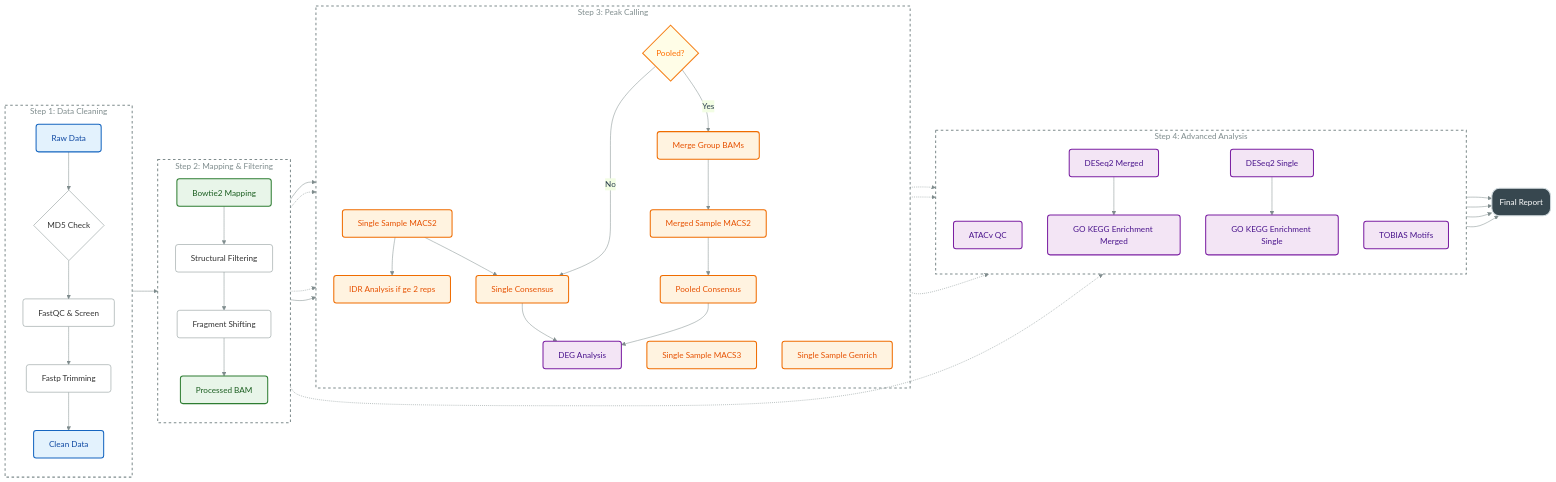
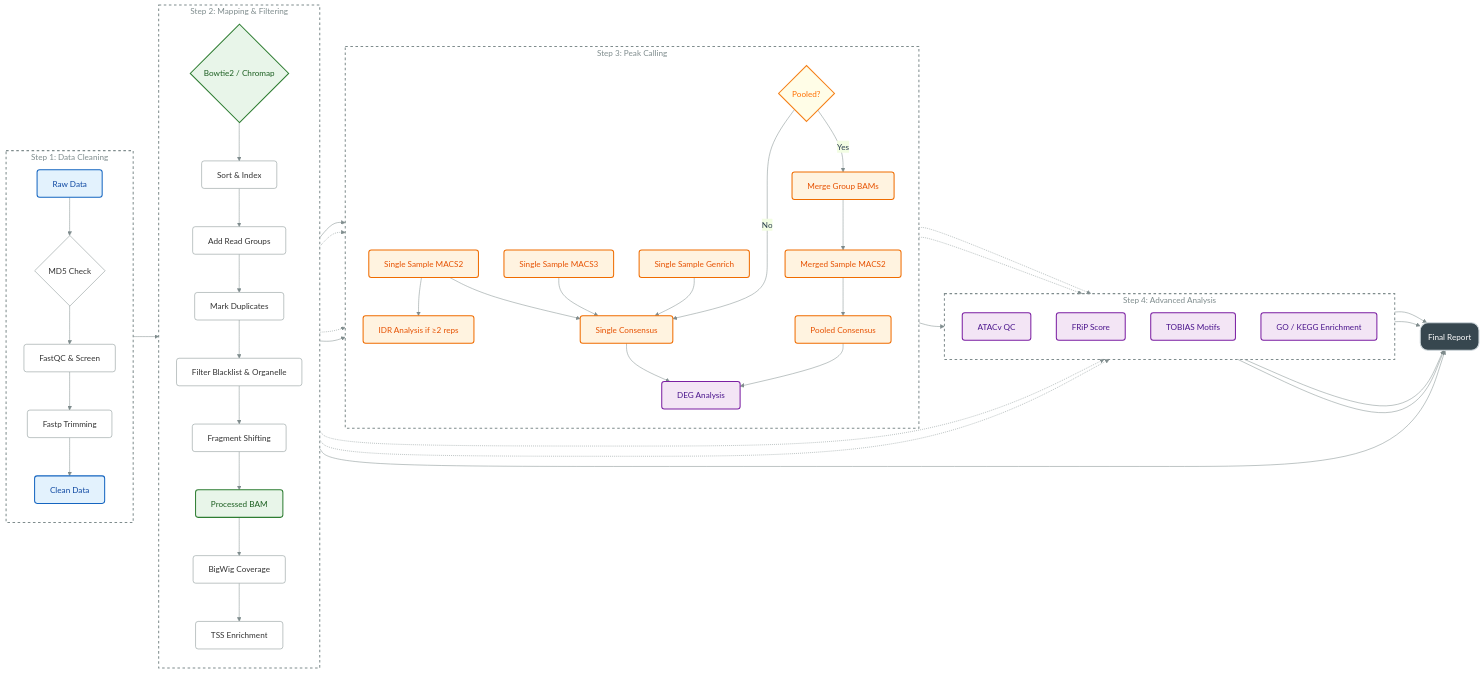
Before and after one commit to xsx123123/ATACFlow: the diagram in README.md, drawn with Mermaid.

Commit message:
docs: update Mermaid flowchart to reflect current pipeline architecture

```diff
--- a/README.md
+++ b/README.md
@@ -98,40 +98,46 @@
     %% 2. Mapping & Filtering %%
     subgraph S2 ["Step 2: Mapping & Filtering"]
         direction TB
-        Clean --> Bowtie2[Bowtie2 Mapping]:::map
-        Bowtie2 --> Filter[Structural Filtering]:::base
-        Filter --> Shift[Fragment Shifting]:::base
+        Clean --> Align{Bowtie2 / Chromap}:::map
+        Align --> Sort[Sort & Index]:::base
+        Sort --> AddRG[Add Read Groups]:::base
+        AddRG --> MarkDup[Mark Duplicates]:::base
+        MarkDup --> FilterBAM[Filter Blacklist & Organelle]:::base
+        FilterBAM --> Shift[Fragment Shifting]:::base
         Shift --> BAM[Processed BAM]:::map
+        BAM --> BigWig[BigWig Coverage]:::base
+        BigWig --> TSS[TSS Enrichment]:::base
     end
 
-    %% 3. Peak Identification - Three Paths (v0.0.5 Update) %%
+    %% 3. Peak Identification - Three Paths %%
     subgraph S3 ["Step 3: Peak Calling"]
         direction TB
-        BAM --> SinglePeaks[Single Sample MACS2]:::core
+        BAM --> SingleMACS2[Single Sample MACS2]:::core
         BAM -.-> SingleMACS3[Single Sample MACS3]:::core
         BAM -.-> SingleGenrich[Single Sample Genrich]:::core
-        SinglePeaks --> IDRAnalysis[IDR Analysis if ge 2 reps]:::core
-        SinglePeaks --> SingleConsensus[Single Consensus]:::core
+        SingleMACS2 --> IDR[IDR Analysis if ≥2 reps]:::core
+        SingleMACS2 --> SingleCon[Single Consensus]:::core
+        SingleMACS3 --> SingleCon
+        SingleGenrich --> SingleCon
 
-        BAM --> PooledPeaks{Pooled?}:::decision
-        PooledPeaks -->|Yes| MergeBAM[Merge Group BAMs]:::core
+        BAM --> PoolCheck{Pooled?}:::decision
+        PoolCheck -->|Yes| MergeBAM[Merge Group BAMs]:::core
         MergeBAM --> MergeMACS2[Merged Sample MACS2]:::core
-        MergeMACS2 --> PooledConsensus[Pooled Consensus]:::core
-        PooledPeaks -->|No| SingleConsensus
+        MergeMACS2 --> PoolCon[Pooled Consensus]:::core
+        PoolCheck -->|No| SingleCon
 
-        SingleConsensus --> DEG[DEG Analysis]:::adv
-        PooledConsensus --> DEG
+        SingleCon --> DEG[DEG Analysis]:::adv
+        PoolCon --> DEG
     end
 
     %% 4. Advanced Analysis %%
     subgraph S4 ["Step 4: Advanced Analysis"]
         direction TB
         BAM -.-> ATACv[ATACv QC]:::adv
-        MergeMACS2 -.-> TOBIAS[TOBIAS Motifs]:::adv
-        PooledConsensus -.-> DEGMerge[DESeq2 Merged]:::adv
-        SinglePeaks -.-> DEGSingle[DESeq2 Single]:::adv
-        DEGMerge --> EnrichMerge[GO KEGG Enrichment Merged]:::adv
-        DEGSingle --> EnrichSingle[GO KEGG Enrichment Single]:::adv
+        BAM -.-> FRiP[FRiP Score]:::adv
+        SingleMACS2 -.-> TOBIAS[TOBIAS Motifs]:::adv
+        MergeMACS2 -.-> TOBIAS
+        DEG --> Enrich[GO / KEGG Enrichment]:::adv
     end
 
     %% 5. Delivery %%
@@ -139,9 +145,10 @@
 
     %% -------------------- Connection Logic -------------------- %%
     ATACv --> Report
+    FRiP --> Report
+    TSS --> Report
     TOBIAS --> Report
-    EnrichMerge --> Report
-    EnrichSingle --> Report
+    Enrich --> Report
 
     %% -------------------- Subgraph Styling: Transparency -------------------- %%
     %% fill:none = Transparent %%
```
